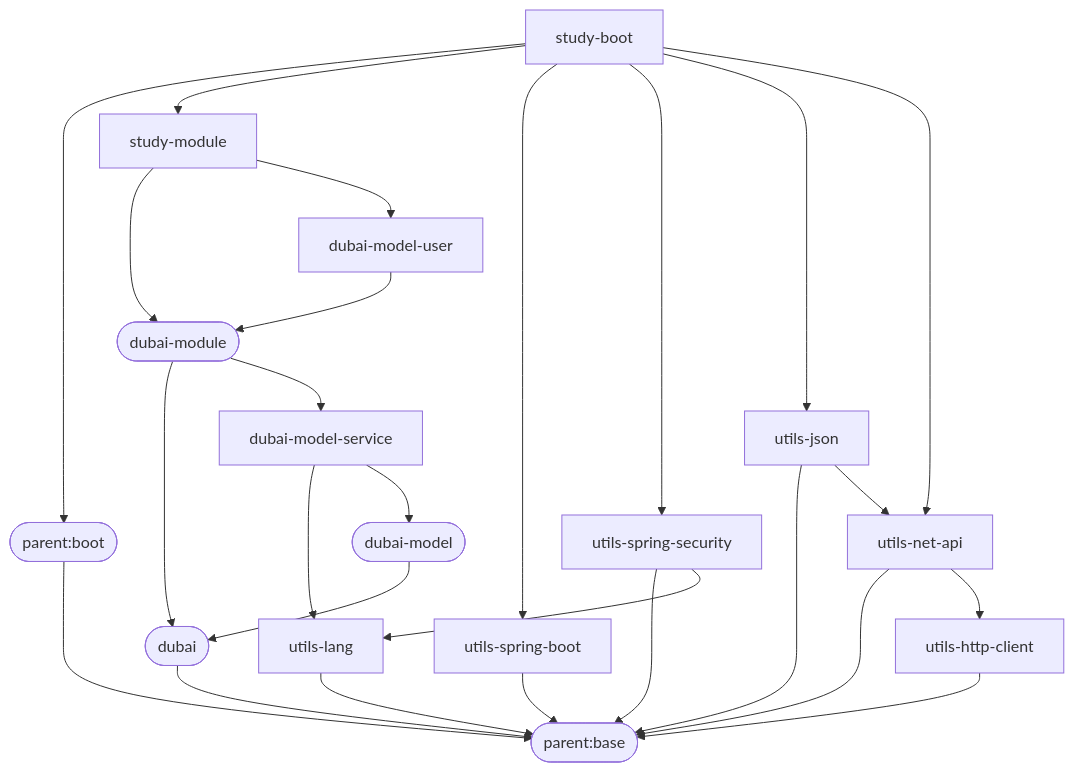
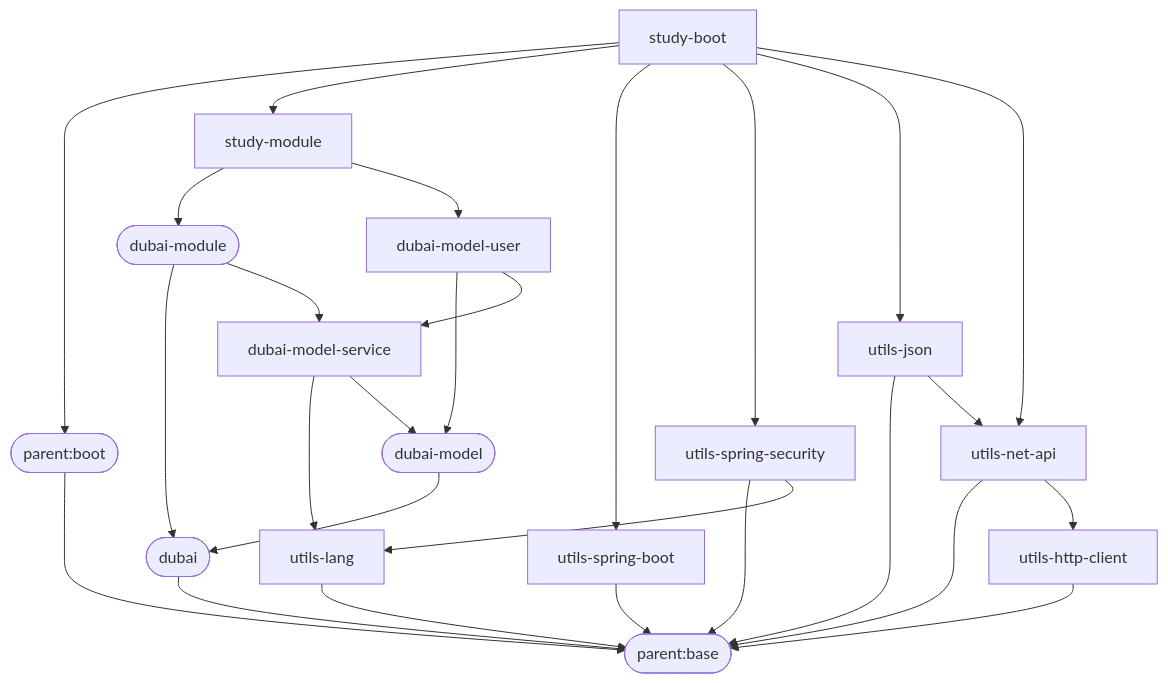
One commit to dbstarll/dbstarll.github.io changed the diagram in README.md. Above: the diagram before and after it, drawn with Mermaid.

Commit message:
更新dubai-model-user

````diff
--- a/README.md
+++ b/README.md
@@ -17,39 +17,40 @@
 ```mermaid
 graph TD;
     parent.base([parent:base]);
     parent.boot([parent:boot])--->parent.base;
 
     utils-lang-->parent.base;
 
     utils-spring-boot-->parent.base;
 
     utils-spring-security-->parent.base;
     utils-spring-security-->utils-lang;
 
     utils-http-client-->parent.base;
 
     utils-net-api-->parent.base;
     utils-net-api-->utils-http-client;
 
     utils-json-->parent.base;
     utils-json-->utils-net-api;
 
     dubai([dubai])-->parent.base;
     dubai-model([dubai-model])-->dubai;
     dubai-model-service-->utils-lang;
     dubai-model-service-->dubai-model;
     dubai-module([dubai-module])-->dubai;
     dubai-module-->dubai-model-service;
     
-    dubai-model-user-->dubai-module;
+    dubai-model-user-->dubai-model;
+    dubai-model-user-->dubai-model-service;
 
     study-module-->dubai-module;
     study-module-->dubai-model-user;
 
     study-boot-->parent.boot;
     study-boot-->study-module;
     study-boot-->utils-spring-boot;
     study-boot-->utils-spring-security;
     study-boot-->utils-json;
     study-boot-->utils-net-api;
 ```
````
